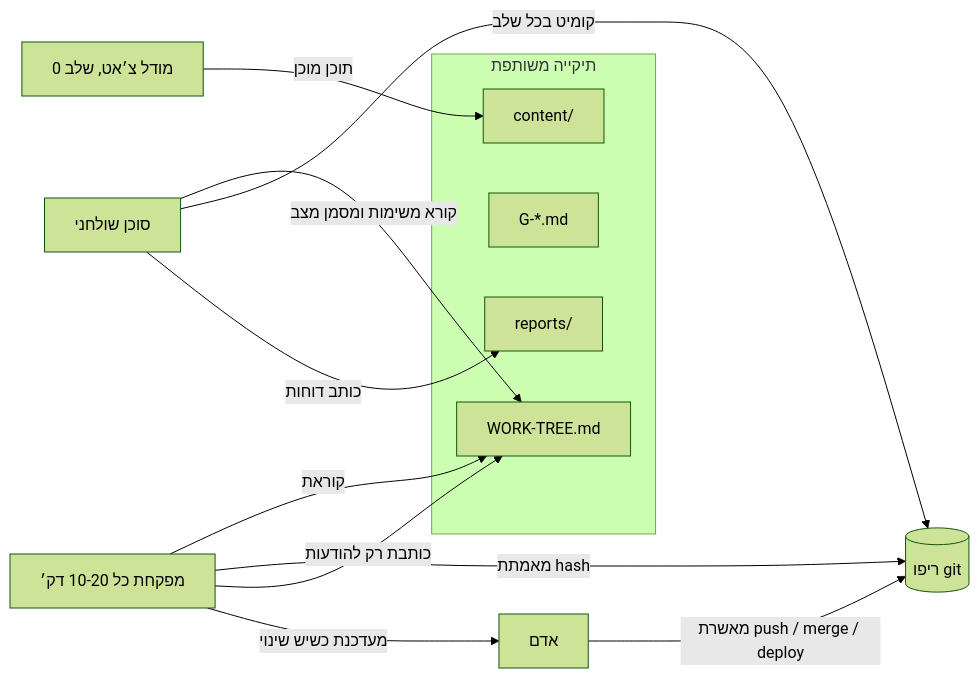
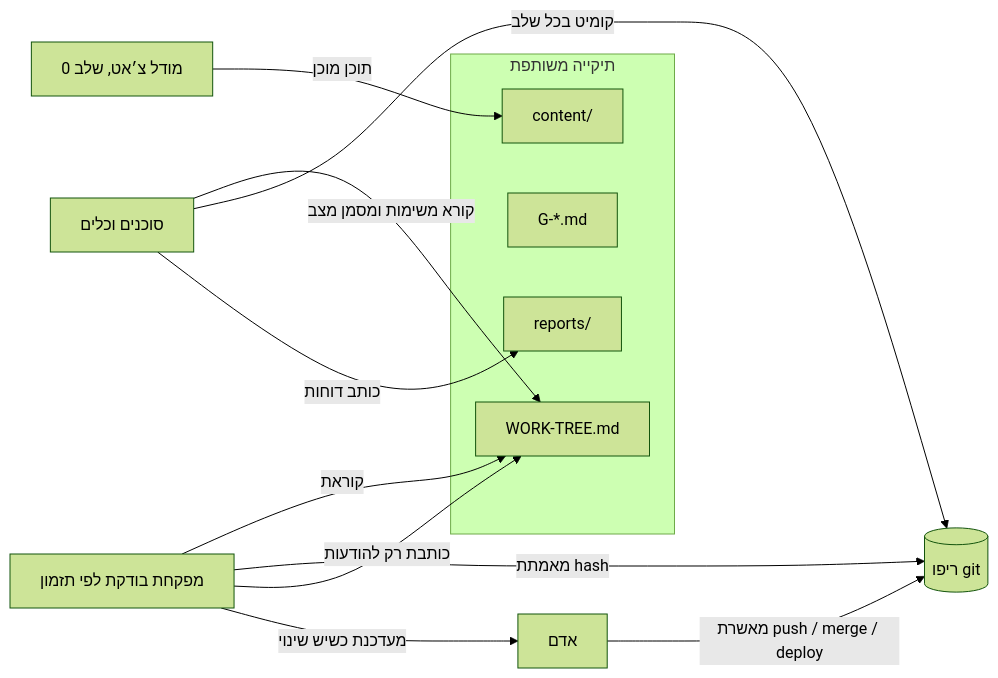
One commit to gabios-dev/file-context-protocol changed the diagram in README.he.md. Above: the diagram before and after it, drawn with Mermaid (forest theme). The commit also changed other lines of this file and 10 other files, not shown here.

````diff
--- a/README.he.md
+++ b/README.he.md
@@ -30,18 +38,18 @@
 ```mermaid
 flowchart LR
     H[אדם] -- מאשרת push / merge / deploy --> R[(ריפו git)]
     subgraph F[תיקייה משותפת]
       WT[WORK-TREE.md]
       T[G-*.md]
       C[content/]
       RP[reports/]
     end
-    A[סוכן שולחני] -- קורא משימות ומסמן מצב --> WT
+    A[סוכנים וכלים] -- קורא משימות ומסמן מצב --> WT
     A -- קומיט בכל שלב --> R
     A -- כותב דוחות --> RP
-    S[מפקחת כל 10-20 דק׳] -- קוראת --> WT
+    S[מפקחת בודקת לפי תזמון] -- קוראת --> WT
     S -- מאמתת hash --> R
     S -- כותבת רק להודעות --> WT
     S -- מעדכנת כשיש שינוי --> H
     CM[מודל צ׳אט, שלב 0] -- תוכן מוכן --> C
 ```
````
